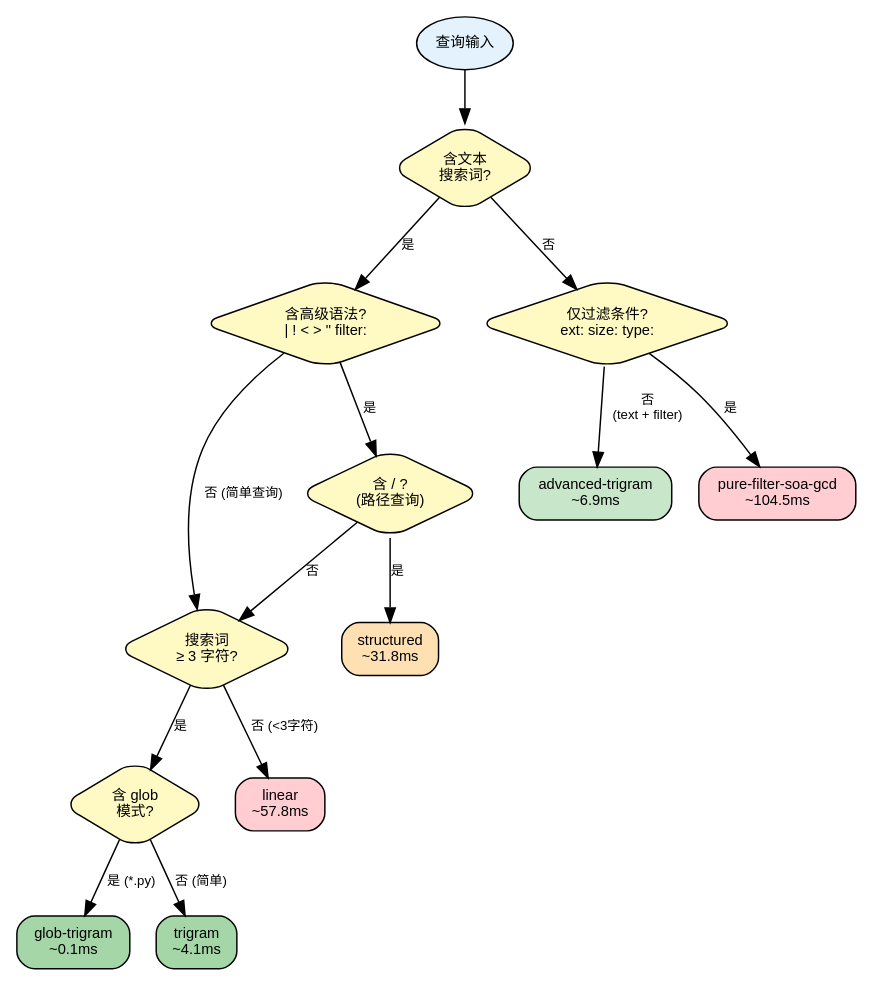
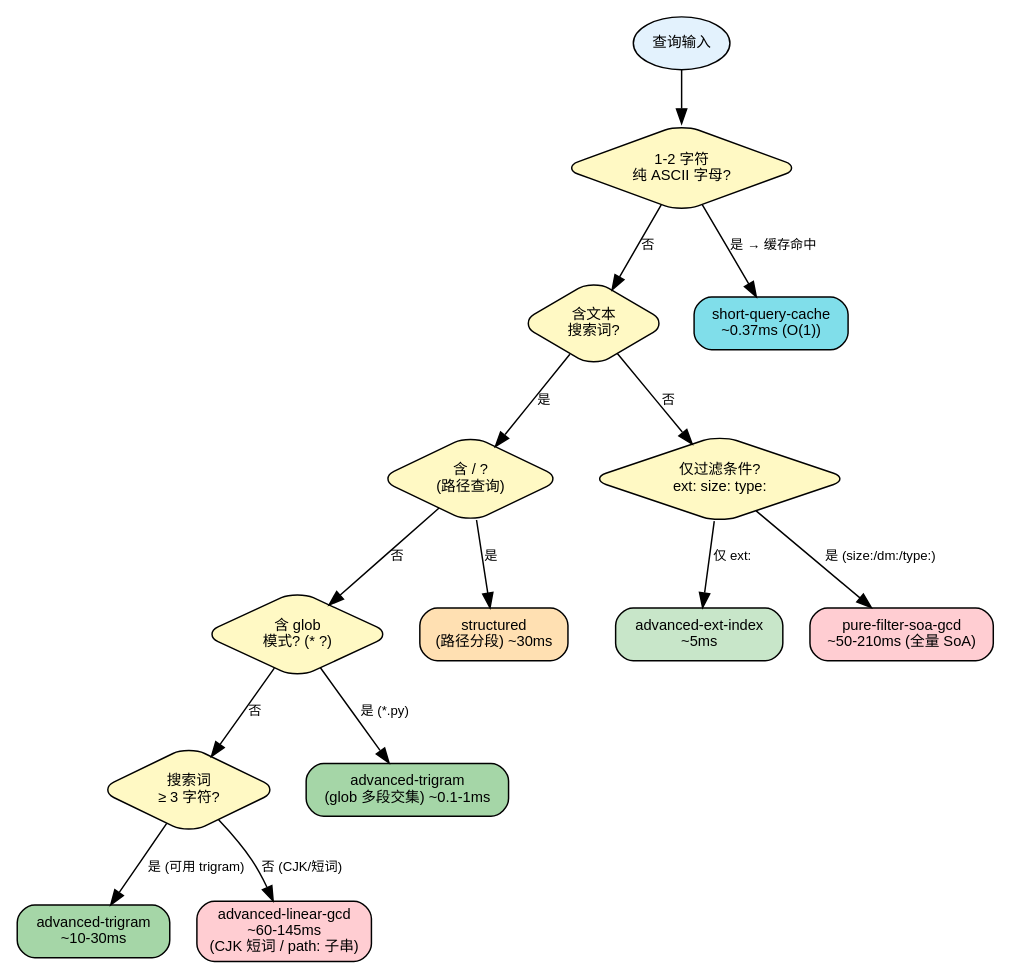
The fourth of 14 diagrams in docs/tech_sharing_architecture_deep_dive.md (boerbin/MacEverything), drawn with Graphviz before and after one commit. The commit also changed other lines of this file and 2 other files, not shown here.

First line of the commit message:
docs: refresh architecture deep-dive to current impl (ShortQueryCache + builtin LLM + R108)

````diff
--- a/docs/tech_sharing_architecture_deep_dive.md
+++ b/docs/tech_sharing_architecture_deep_dive.md
@@ -327,39 +340,40 @@
-```graphviz
-// 搜索路径自动决策树
+```dot
+// 搜索路径自动决策树（2026-05 更新：含 short-query-cache 快路径）
 digraph search_decision {
     rankdir=TB
     node [shape=diamond, style="filled,rounded", fontname="Helvetica", fontsize=10, fillcolor="#FFF9C4"]
     edge [fontname="Helvetica", fontsize=9]
 
     Start [label="查询输入", shape=ellipse, fillcolor="#E3F2FD"]
 
+    IsShort [label="1-2 字符\n纯 ASCII 字母?"]
     HasText [label="含文本\n搜索词?"]
-    HasAdvanced [label="含高级语法?\n| ! < > \" filter:"]
-    LenGE3 [label="搜索词\n≥ 3 字符?"]
-    IsGlob [label="含 glob\n模式?"]
+    HasGlob [label="含 glob\n模式? (* ?)"]
     HasSlash [label="含 / ?\n(路径查询)"]
     OnlyFilter [label="仅过滤条件?\next: size: type:"]
+    Len3 [label="搜索词\n≥ 3 字符?"]
 
     // 叶子节点 — 搜索路径
-    GlobTri [label="glob-trigram\n~0.1ms", shape=box, fillcolor="#A5D6A7"]
-    Trigram [label="trigram\n~4.1ms", shape=box, fillcolor="#A5D6A7"]
-    AdvTri [label="advanced-trigram\n~6.9ms", shape=box, fillcolor="#C8E6C9"]
-    Structured [label="structured\n~31.8ms", shape=box, fillcolor="#FFE0B2"]
-    Linear [label="linear\n~57.8ms", shape=box, fillcolor="#FFCDD2"]
-    PureFilter [label="pure-filter-soa-gcd\n~104.5ms", shape=box, fillcolor="#FFCDD2"]
+    SQC [label="short-query-cache\n~0.37ms (O(1))", shape=box, fillcolor="#80DEEA"]
+    GlobTri [label="advanced-trigram\n(glob 多段交集) ~0.1-1ms", shape=box, fillcolor="#A5D6A7"]
+    Trigram [label="advanced-trigram\n~10-30ms", shape=box, fillcolor="#A5D6A7"]
+    Ext [label="advanced-ext-index\n~5ms", shape=box, fillcolor="#C8E6C9"]
+    Structured [label="structured\n(路径分段) ~30ms", shape=box, fillcolor="#FFE0B2"]
+    Linear [label="advanced-linear-gcd\n~60-145ms\n(CJK 短词 / path: 子串)", shape=box, fillcolor="#FFCDD2"]
+    PureFilter [label="pure-filter-soa-gcd\n~50-210ms (全量 SoA)", shape=box, fillcolor="#FFCDD2"]
 
-    Start -> HasText
+    Start -> IsShort
+    IsShort -> SQC [label="是 → 缓存命中"]
+    IsShort -> HasText [label="否"]
     HasText -> OnlyFilter [label="否"]
-    OnlyFilter -> PureFilter [label="是"]
-    HasText -> HasAdvanced [label="是"]
-    HasAdvanced -> LenGE3 [label="否 (简单查询)"]
-    HasAdvanced -> HasSlash [label="是"]
+    OnlyFilter -> PureFilter [label="是 (size:/dm:/type:)"]
+    OnlyFilter -> Ext [label="仅 ext:"]
+    HasText -> HasSlash [label="是"]
     HasSlash -> Structured [label="是"]
-    HasSlash -> LenGE3 [label="否"]
-    LenGE3 -> IsGlob [label="是"]
-    LenGE3 -> Linear [label="否 (<3字符)"]
-    IsGlob -> GlobTri [label="是 (*.py)"]
-    IsGlob -> Trigram [label="否 (简单)"]
-    OnlyFilter -> AdvTri [label="否\n(text + filter)"]
+    HasSlash -> HasGlob [label="否"]
+    HasGlob -> GlobTri [label="是 (*.py)"]
+    HasGlob -> Len3 [label="否"]
+    Len3 -> Trigram [label="是 (可用 trigram)"]
+    Len3 -> Linear [label="否 (CJK/短词)"]
 }
 ```
````
